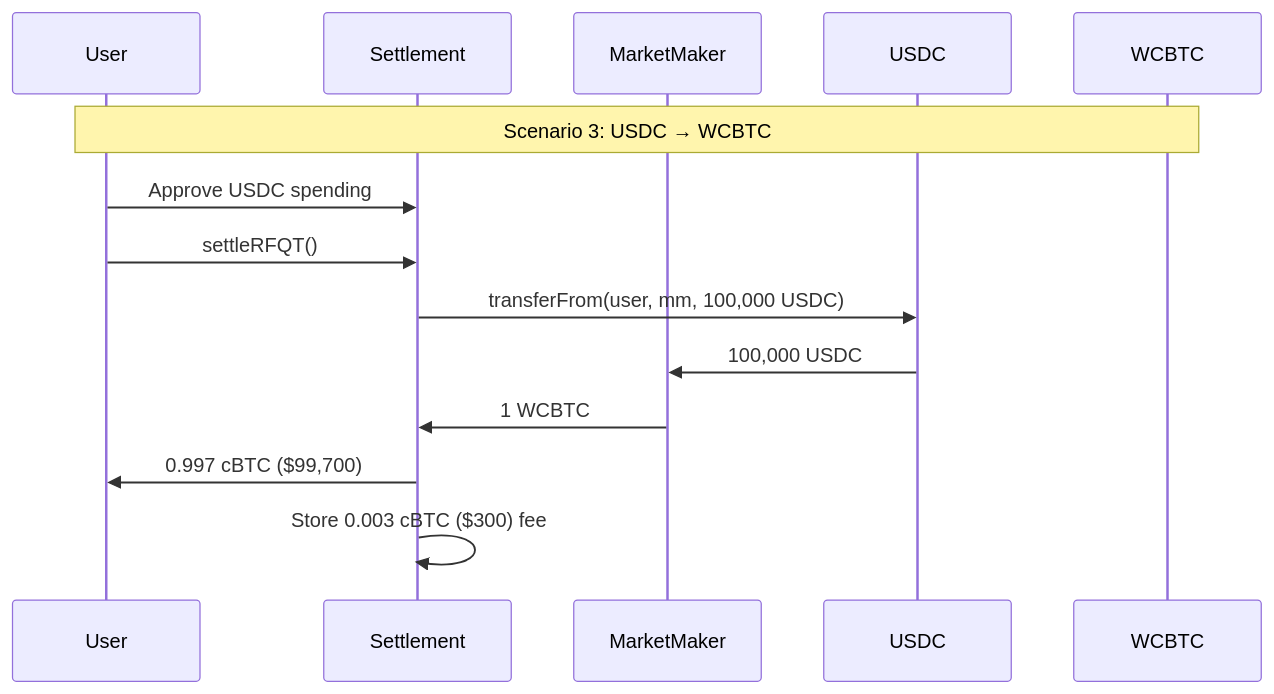
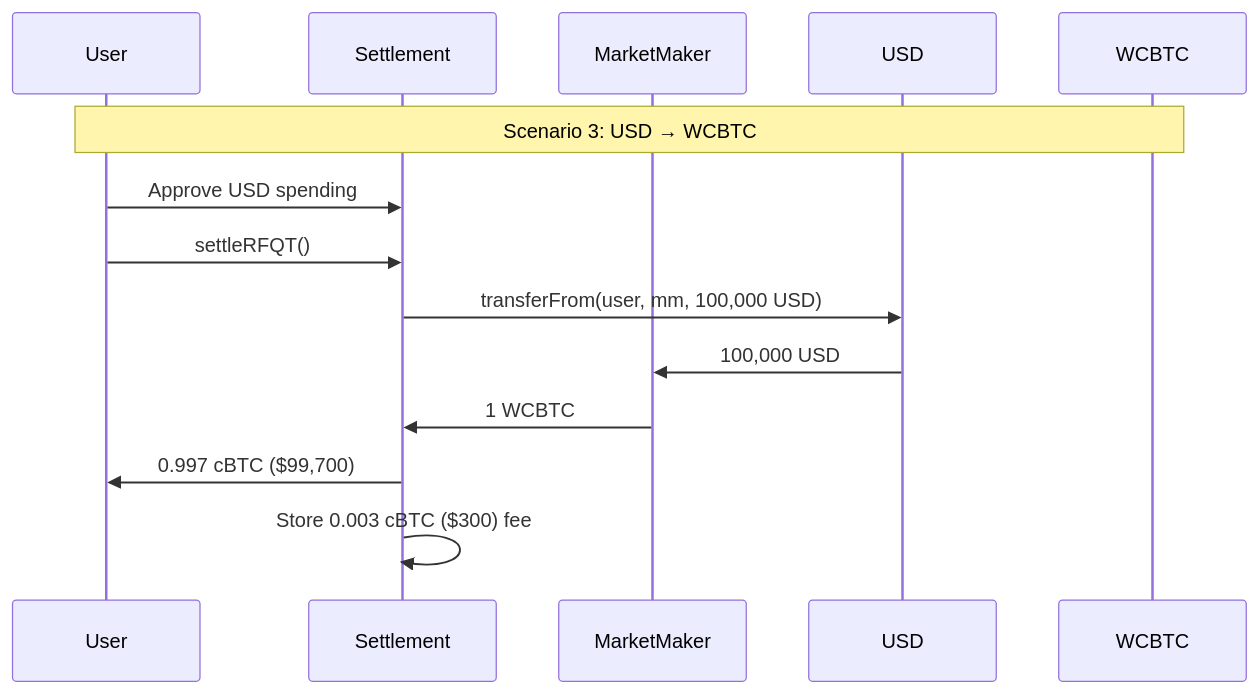
The fourth of 4 diagrams in trading/rfqt.mdx (crest-bitcoin/docs), drawn with Mermaid before and after one commit. The commit also changed other lines of this file and 6 other files, not shown here.

````diff
--- a/trading/rfqt.mdx
+++ b/trading/rfqt.mdx
@@ -123,17 +123,17 @@
 ```mermaid
 sequenceDiagram
     participant User
     participant Settlement
     participant MarketMaker
-    participant USDC
+    participant USD
     participant WCBTC
 
-    Note over User,WCBTC: Scenario 3: USDC → WCBTC
-    User->>Settlement: Approve USDC spending
+    Note over User,WCBTC: Scenario 3: USD → WCBTC
+    User->>Settlement: Approve USD spending
     User->>Settlement: settleRFQT()
-    Settlement->>USDC: transferFrom(user, mm, 100,000 USDC)
-    USDC->>MarketMaker: 100,000 USDC
+    Settlement->>USD: transferFrom(user, mm, 100,000 USD)
+    USD->>MarketMaker: 100,000 USD
     MarketMaker->>Settlement: 1 WCBTC
     Settlement->>User: 0.997 cBTC ($99,700)
     Settlement->>Settlement: Store 0.003 cBTC ($300) fee
 ```
````
